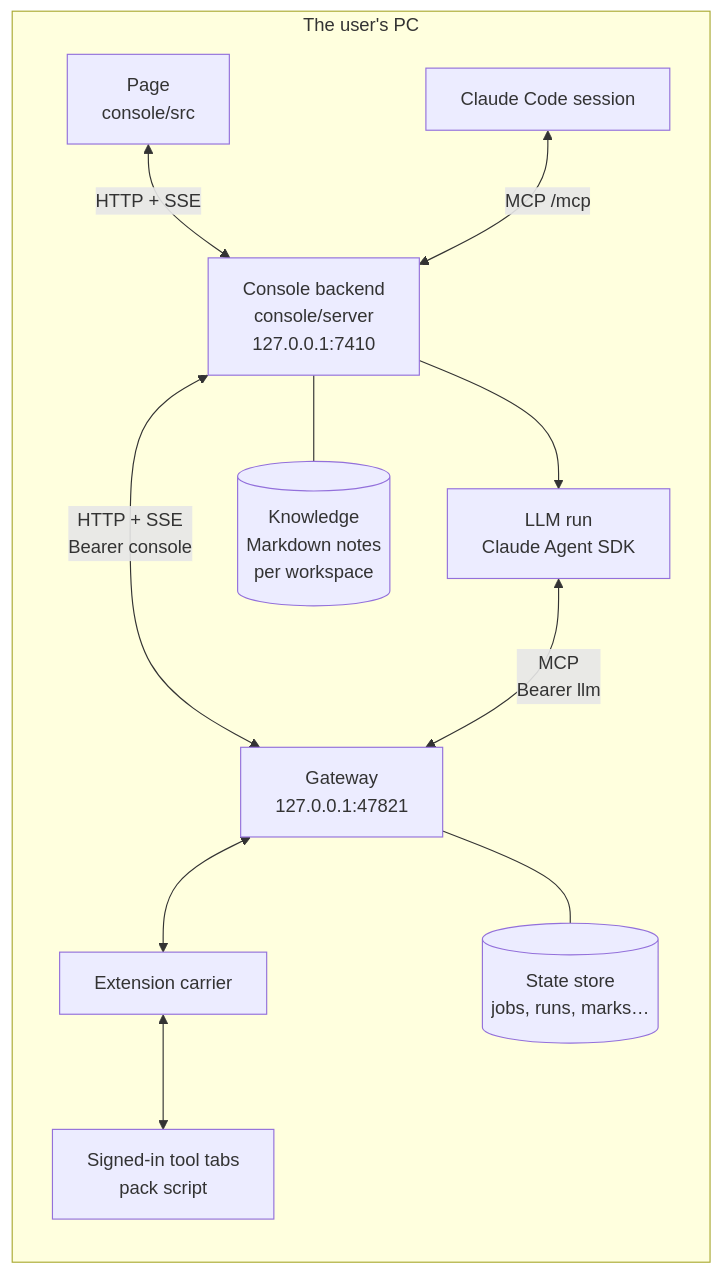
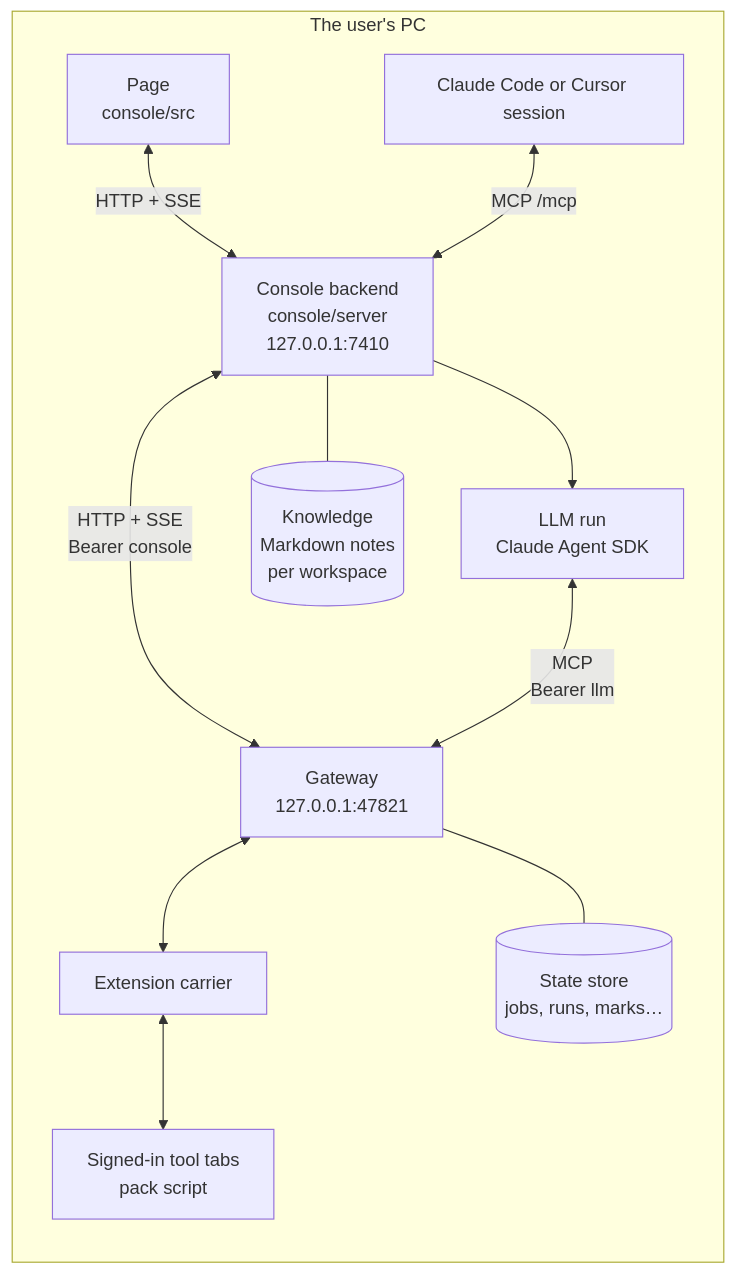
The first of 5 diagrams in docs/architecture.md (vaaaaQ/work-console-core), drawn with Mermaid before and after one commit. The commit also changed other lines of this file, not shown here.

Commit message:
docs: providers and the session tools

````diff
--- a/docs/architecture.md
+++ b/docs/architecture.md
@@ -3,14 +3,14 @@
 ```mermaid
 flowchart LR
   subgraph PC[The user's PC]
     page[Page<br/>console/src] <-- HTTP + SSE --> backend[Console backend<br/>console/server<br/>127.0.0.1:7410]
     backend <-- HTTP + SSE<br/>Bearer console --> gw[Gateway<br/>127.0.0.1:47821]
     sdk[LLM run<br/>Claude Agent SDK] <-- MCP<br/>Bearer llm --> gw
     backend --> sdk
-    cc[Claude Code session] <-- MCP /mcp --> backend
+    cc[Claude Code or Cursor session] <-- MCP /mcp --> backend
     gw <--> carrier[Extension carrier]
     carrier <--> tabs[Signed-in tool tabs<br/>pack script]
     gw --- state[(State store<br/>jobs, runs, marks…)]
     backend --- kn[(Knowledge<br/>Markdown notes<br/>per workspace)]
   end
 ```
````
